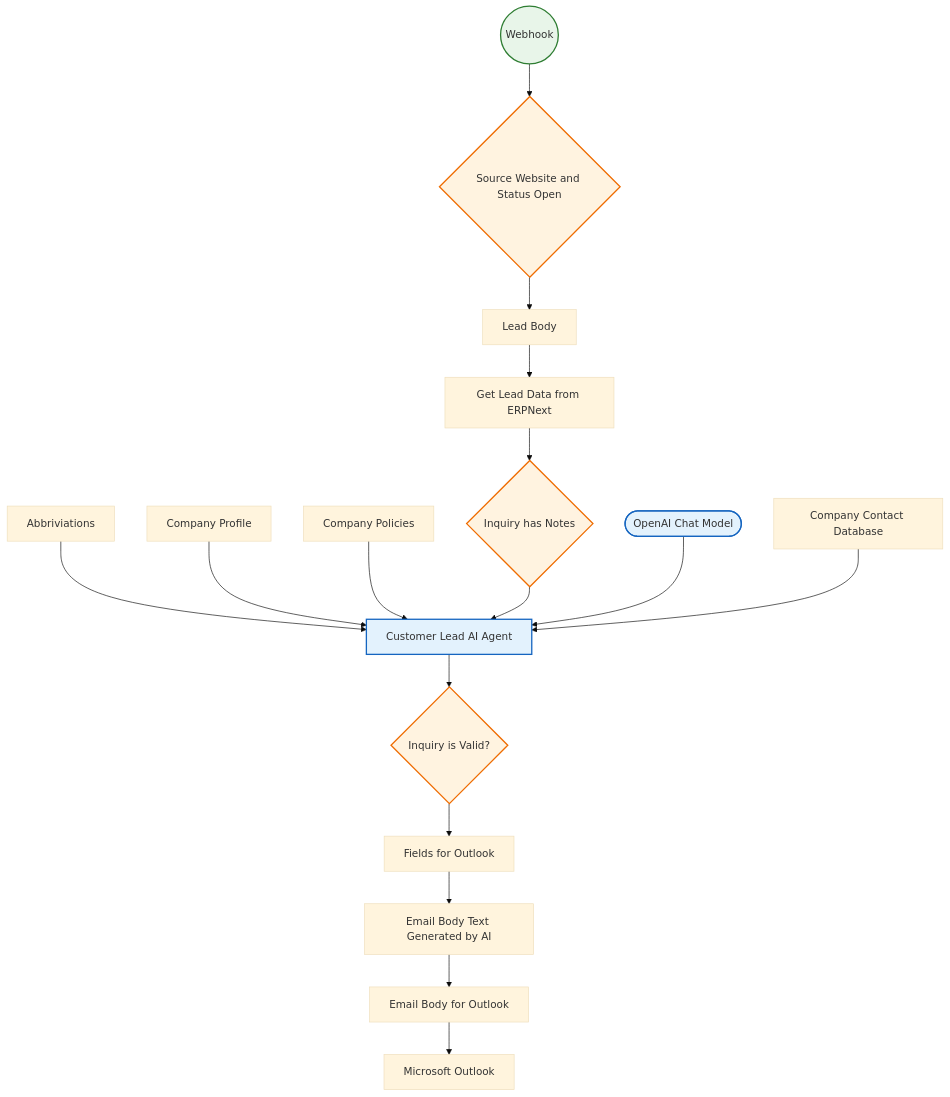
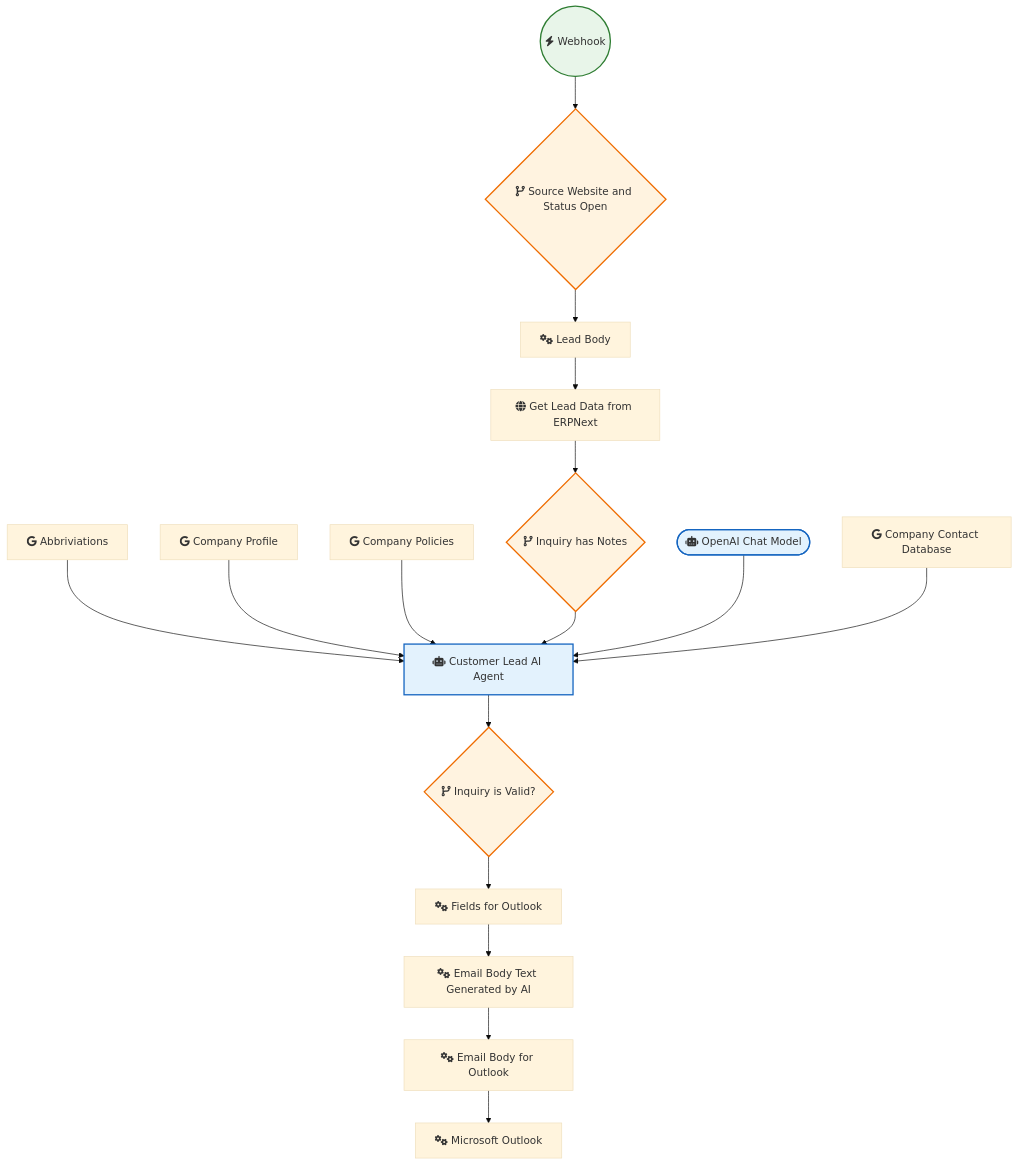
Before and after one commit to sreyash3105/N8N-DEMO-AUTOMATIONS: the diagram in OpenAI_and_LLMs/AI-Driven Lead Management and Inquiry Automation with ERPNext & n8n.md, drawn with Mermaid (base theme). The commit also changed 291 other files, not shown here.

````diff
--- a/OpenAI_and_LLMs/AI-Driven Lead Management and Inquiry Automation with ERPNext & n8n.md
+++ b/OpenAI_and_LLMs/AI-Driven Lead Management and Inquiry Automation with ERPNext & n8n.md
@@ -1,39 +1,39 @@
 ```mermaid
 graph TD
     classDef trigger fill:#e8f5e9,stroke:#2e7d32,stroke-width:2px;
     classDef ai fill:#e3f2fd,stroke:#1565c0,stroke-width:2px;
     classDef logic fill:#fff3e0,stroke:#ef6c00,stroke-width:2px;
 
-    Customer_Lead_AI_Agent["Customer Lead AI Agent"]:::ai
-    OpenAI_Chat_Model(["OpenAI Chat Model"]):::ai
-    Abbriviations["Abbriviations"]
-    Lead_Body["Lead Body"]
-    Source_Website_and_Status_Open{"Source Website and Status Open"}:::logic
-    Microsoft_Outlook["Microsoft Outlook"]
-    Email_Body_Text_Generated_by_AI["Email Body Text Generated by AI"]
-    Fields_for_Outlook["Fields for Outlook"]
-    Email_Body_for_Outlook["Email Body for Outlook"]
-    Inquiry_has_Notes{"Inquiry has Notes"}:::logic
-    Inquiry_is_Valid_{"Inquiry is Valid?"}:::logic
-    Company_Profile["Company Profile"]
-    Company_Policies["Company Policies"]
-    Company_Contact_Database["Company Contact Database"]
-    Get_Lead_Data_from_ERPNext["Get Lead Data from ERPNext"]
-    Webhook(("Webhook")):::trigger
+    Customer_Lead_AI_Agent["fas:fa-robot Customer Lead AI Agent"]:::ai
+    OpenAI_Chat_Model(["fas:fa-robot OpenAI Chat Model"]):::ai
+    Abbriviations["fab:fa-google Abbriviations"]
+    Lead_Body["fas:fa-cogs Lead Body"]
+    Source_Website_and_Status_Open{"fas:fa-code-branch Source Website and Status Open"}:::logic
+    Microsoft_Outlook["fas:fa-cogs Microsoft Outlook"]
+    Email_Body_Text_Generated_by_AI["fas:fa-cogs Email Body Text Generated by AI"]
+    Fields_for_Outlook["fas:fa-cogs Fields for Outlook"]
+    Email_Body_for_Outlook["fas:fa-cogs Email Body for Outlook"]
+    Inquiry_has_Notes{"fas:fa-code-branch Inquiry has Notes"}:::logic
+    Inquiry_is_Valid_{"fas:fa-code-branch Inquiry is Valid?"}:::logic
+    Company_Profile["fab:fa-google Company Profile"]
+    Company_Policies["fab:fa-google Company Policies"]
+    Company_Contact_Database["fab:fa-google Company Contact Database"]
+    Get_Lead_Data_from_ERPNext["fas:fa-globe Get Lead Data from ERPNext"]
+    Webhook(("fas:fa-bolt Webhook")):::trigger
 
     Webhook --> Source_Website_and_Status_Open
     Lead_Body --> Get_Lead_Data_from_ERPNext
     Abbriviations --> Customer_Lead_AI_Agent
     Company_Profile --> Customer_Lead_AI_Agent
     Company_Policies --> Customer_Lead_AI_Agent
     Inquiry_has_Notes --> Customer_Lead_AI_Agent
     Inquiry_is_Valid_ --> Fields_for_Outlook
     OpenAI_Chat_Model --> Customer_Lead_AI_Agent
     Fields_for_Outlook --> Email_Body_Text_Generated_by_AI
     Customer_Lead_AI_Agent --> Inquiry_is_Valid_
     Email_Body_for_Outlook --> Microsoft_Outlook
     Company_Contact_Database --> Customer_Lead_AI_Agent
     Get_Lead_Data_from_ERPNext --> Inquiry_has_Notes
     Source_Website_and_Status_Open --> Lead_Body
     Email_Body_Text_Generated_by_AI --> Email_Body_for_Outlook
 ```
````
